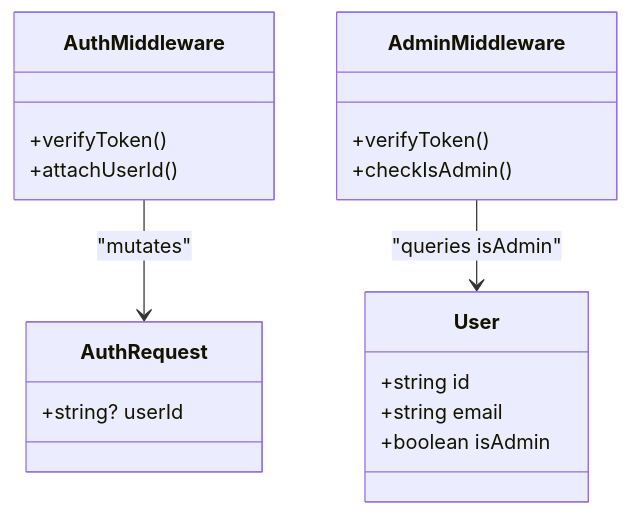
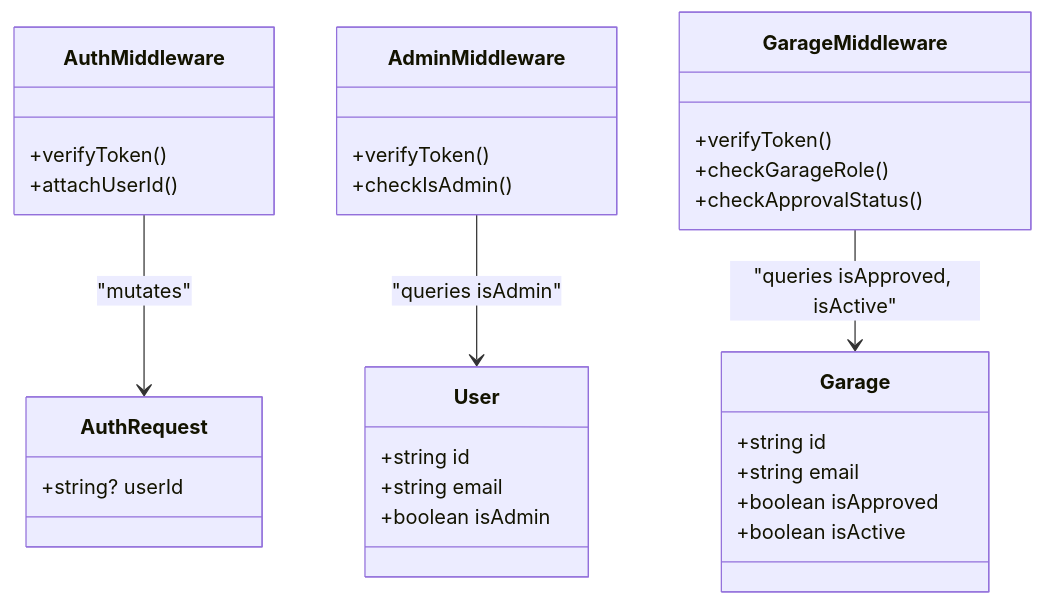
Before and after one commit to NaveenHiranya/Smart-Vehicle-Insurance-Claim-System: the fifth of 10 diagrams in .qoder/repowiki/en/content/Backend Documentation/Authentication & Authorization.md, drawn with Mermaid. The commit also changed other lines of this file and 87 other files, not shown here.

````diff
--- a/.qoder/repowiki/en/content/Backend Documentation/Authentication & Authorization.md
+++ b/.qoder/repowiki/en/content/Backend Documentation/Authentication & Authorization.md
@@ -229,21 +302,33 @@
 ```mermaid
 classDiagram
 class User {
 +string id
 +string email
 +boolean isAdmin
+}
+class Garage {
++string id
++string email
++boolean isApproved
++boolean isActive
 }
 class AuthRequest {
 +string? userId
 }
 class AuthMiddleware {
 +verifyToken()
 +attachUserId()
 }
 class AdminMiddleware {
 +verifyToken()
 +checkIsAdmin()
 }
+class GarageMiddleware {
++verifyToken()
++checkGarageRole()
++checkApprovalStatus()
+}
 AuthMiddleware --> AuthRequest : "mutates"
 AdminMiddleware --> User : "queries isAdmin"
+GarageMiddleware --> Garage : "queries isApproved, isActive"
 ```
````
